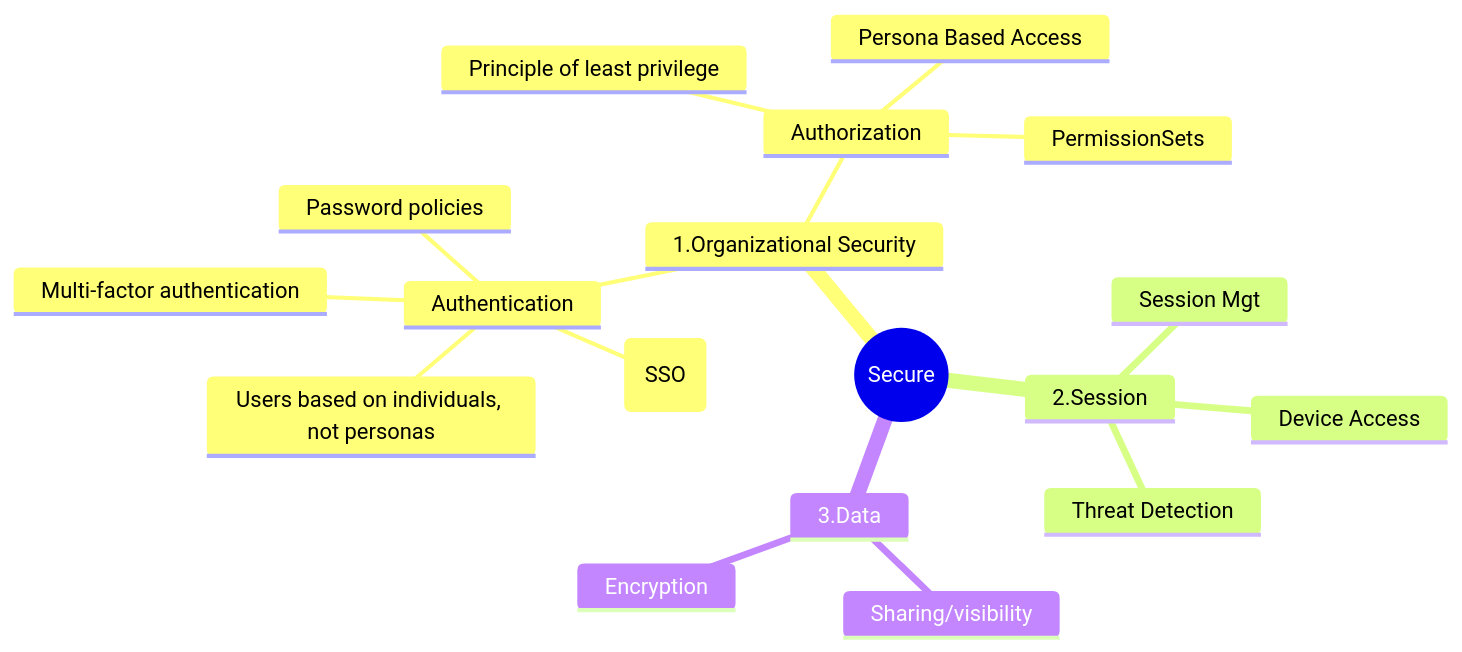
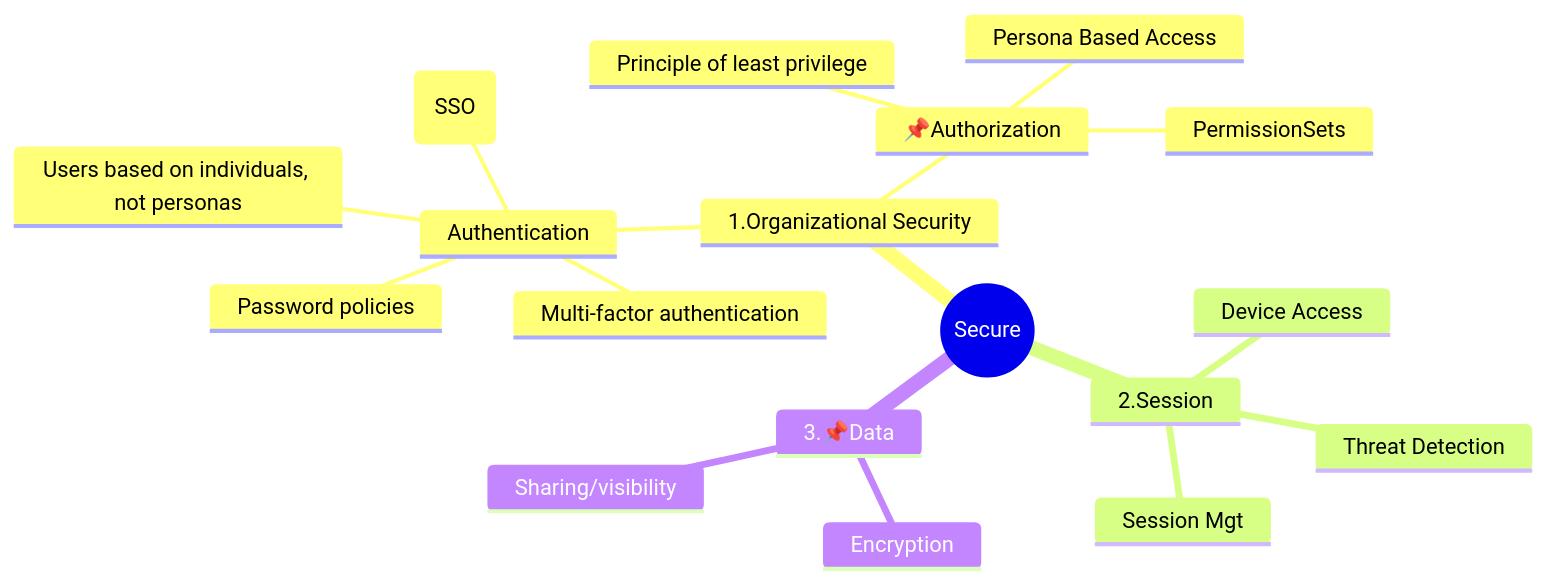
The diagram in Notebooks/Security.md (sf-explorer/app), drawn with Mermaid before and after one commit. The commit also changed other lines of this file, not shown here.

````diff
--- a/Notebooks/Security.md
+++ b/Notebooks/Security.md
@@ -11,21 +14,21 @@
 ```mermaid
 mindmap
     root((Secure))
         1.Organizational Security
             Authentication
               Users based on individuals, not personas
               Password policies
               Multi-factor authentication 
               Single-sign on (SSO)
-            Authorization
+            📌Authorization
               Principle of least privilege
               Persona Based Access
               PermissionSets
       2.Session
         Session Mgt
         Device Access
         Threat Detection
-      3.Data
+      3.📌Data
         Sharing/visibility
         Encryption
 ```
````
